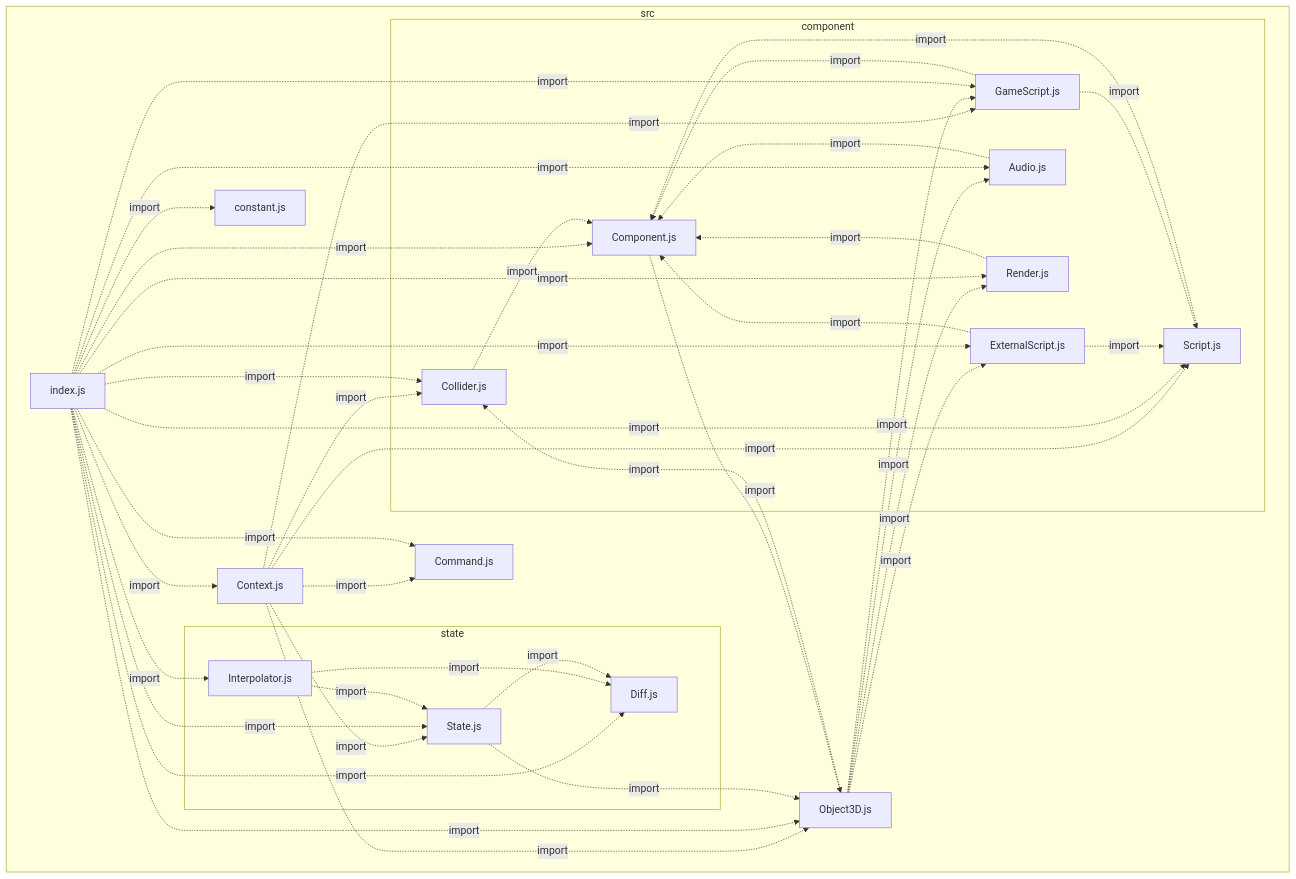
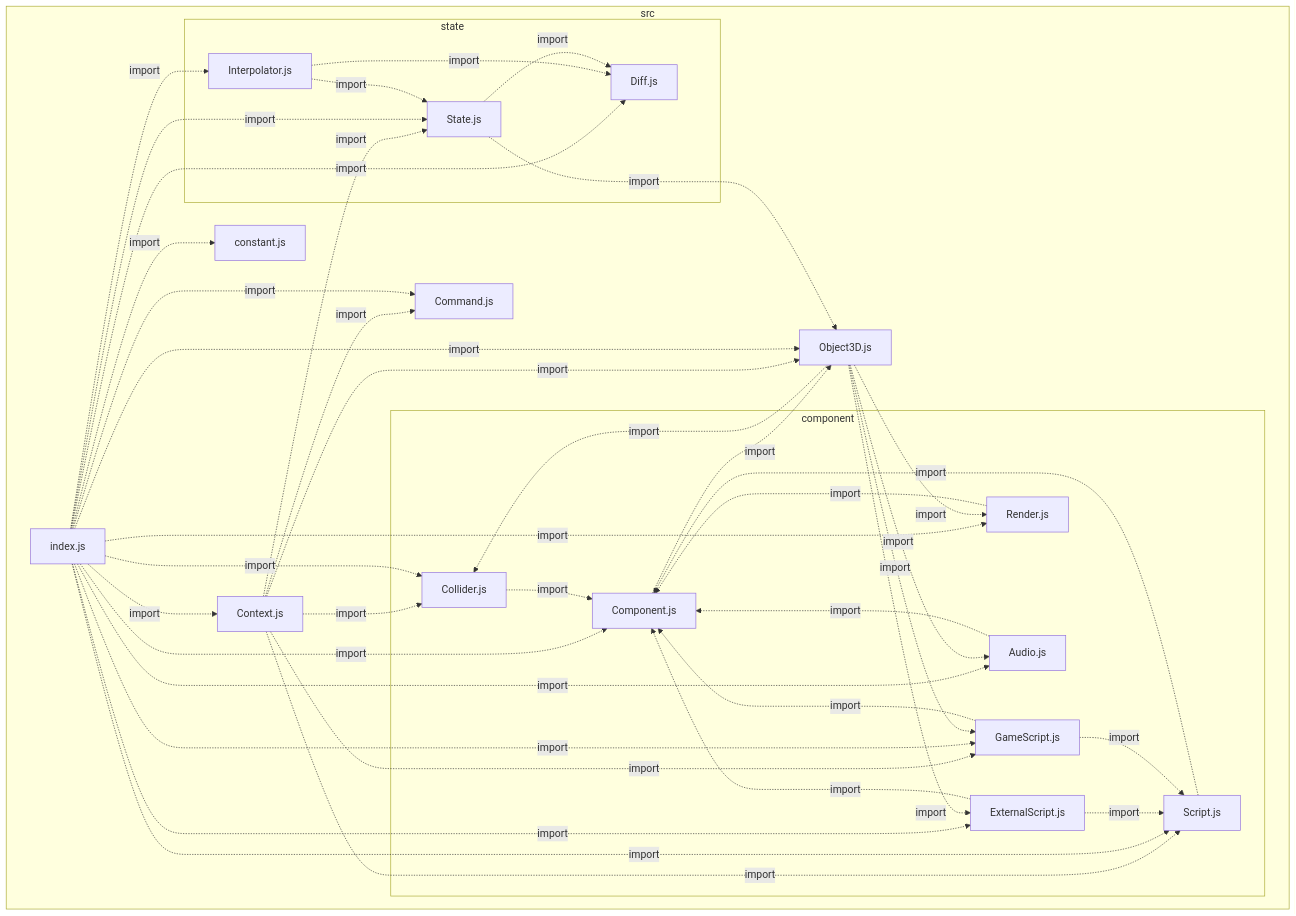
Before and after one commit to VCityTeam/UD-Viz: the diagram in packages/game_shared/architecture.md, drawn with Mermaid. The commit also changed other lines of this file and 43 other files, not shown here.

````diff
--- a/packages/game_shared/architecture.md
+++ b/packages/game_shared/architecture.md
@@ -1,62 +1,62 @@
 ```mermaid
 flowchart
  subgraph IDsrc["src"]
   IDsrcCommand2ejs["Command.js"]
+  IDsrcConstant2ejs["constant.js"]
   IDsrcContext2ejs["Context.js"]
+  IDsrcIndex2ejs["index.js"]
   IDsrcObject3D2ejs["Object3D.js"]
-  IDsrcConstant2ejs["constant.js"]
-  IDsrcIndex2ejs["index.js"]
   subgraph IDsrcComponent["component"]
    IDsrcComponentAudio2ejs["Audio.js"]
    IDsrcComponentCollider2ejs["Collider.js"]
    IDsrcComponentComponent2ejs["Component.js"]
    IDsrcComponentExternalScript2ejs["ExternalScript.js"]
    IDsrcComponentGameScript2ejs["GameScript.js"]
    IDsrcComponentRender2ejs["Render.js"]
    IDsrcComponentScript2ejs["Script.js"]
   end
   subgraph IDsrcState["state"]
    IDsrcStateDiff2ejs["Diff.js"]
    IDsrcStateInterpolator2ejs["Interpolator.js"]
    IDsrcStateState2ejs["State.js"]
   end
  end
 IDsrcContext2ejs-.->|import|IDsrcComponentCollider2ejs
 IDsrcContext2ejs-.->|import|IDsrcComponentScript2ejs
 IDsrcContext2ejs-.->|import|IDsrcComponentGameScript2ejs
 IDsrcContext2ejs-.->|import|IDsrcObject3D2ejs
 IDsrcContext2ejs-.->|import|IDsrcStateState2ejs
 IDsrcContext2ejs-.->|import|IDsrcCommand2ejs
-IDsrcObject3D2ejs-.->|import|IDsrcComponentExternalScript2ejs
-IDsrcObject3D2ejs-.->|import|IDsrcComponentGameScript2ejs
-IDsrcObject3D2ejs-.->|import|IDsrcComponentCollider2ejs
-IDsrcObject3D2ejs-.->|import|IDsrcComponentAudio2ejs
-IDsrcObject3D2ejs-.->|import|IDsrcComponentRender2ejs
 IDsrcIndex2ejs-.->|import|IDsrcConstant2ejs
 IDsrcIndex2ejs-.->|import|IDsrcCommand2ejs
 IDsrcIndex2ejs-.->|import|IDsrcContext2ejs
 IDsrcIndex2ejs-.->|import|IDsrcObject3D2ejs
 IDsrcIndex2ejs-.->|import|IDsrcStateInterpolator2ejs
 IDsrcIndex2ejs-.->|import|IDsrcStateState2ejs
 IDsrcIndex2ejs-.->|import|IDsrcStateDiff2ejs
 IDsrcIndex2ejs-.->|import|IDsrcComponentRender2ejs
 IDsrcIndex2ejs-.->|import|IDsrcComponentCollider2ejs
 IDsrcIndex2ejs-.->|import|IDsrcComponentAudio2ejs
 IDsrcIndex2ejs-.->|import|IDsrcComponentExternalScript2ejs
 IDsrcIndex2ejs-.->|import|IDsrcComponentGameScript2ejs
 IDsrcIndex2ejs-.->|import|IDsrcComponentScript2ejs
 IDsrcIndex2ejs-.->|import|IDsrcComponentComponent2ejs
+IDsrcObject3D2ejs-.->|import|IDsrcComponentExternalScript2ejs
+IDsrcObject3D2ejs-.->|import|IDsrcComponentGameScript2ejs
+IDsrcObject3D2ejs-.->|import|IDsrcComponentCollider2ejs
+IDsrcObject3D2ejs-.->|import|IDsrcComponentAudio2ejs
+IDsrcObject3D2ejs-.->|import|IDsrcComponentRender2ejs
 IDsrcComponentAudio2ejs-.->|import|IDsrcComponentComponent2ejs
 IDsrcComponentCollider2ejs-.->|import|IDsrcComponentComponent2ejs
 IDsrcComponentComponent2ejs-.->|import|IDsrcObject3D2ejs
 IDsrcComponentExternalScript2ejs-.->|import|IDsrcComponentComponent2ejs
 IDsrcComponentExternalScript2ejs-.->|import|IDsrcComponentScript2ejs
 IDsrcComponentGameScript2ejs-.->|import|IDsrcComponentComponent2ejs
 IDsrcComponentGameScript2ejs-.->|import|IDsrcComponentScript2ejs
 IDsrcComponentRender2ejs-.->|import|IDsrcComponentComponent2ejs
 IDsrcComponentScript2ejs-.->|import|IDsrcComponentComponent2ejs
 IDsrcStateInterpolator2ejs-.->|import|IDsrcStateState2ejs
 IDsrcStateInterpolator2ejs-.->|import|IDsrcStateDiff2ejs
 IDsrcStateState2ejs-.->|import|IDsrcStateDiff2ejs
 IDsrcStateState2ejs-.->|import|IDsrcObject3D2ejs
 ```
````
